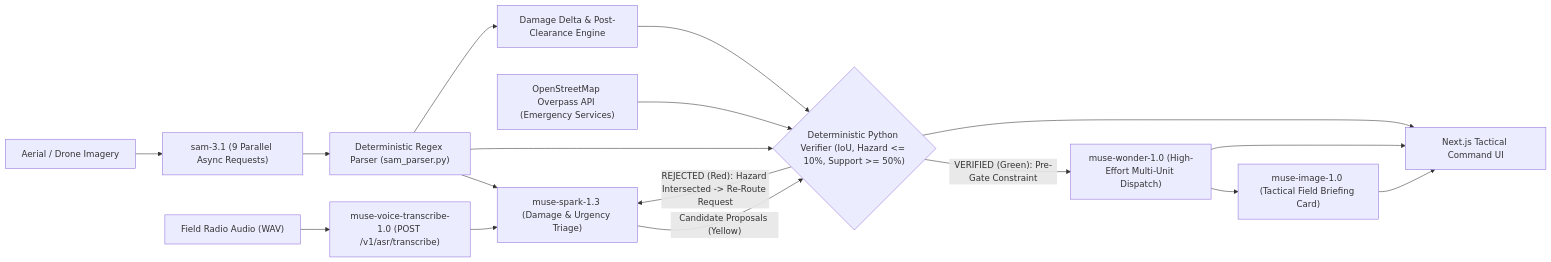
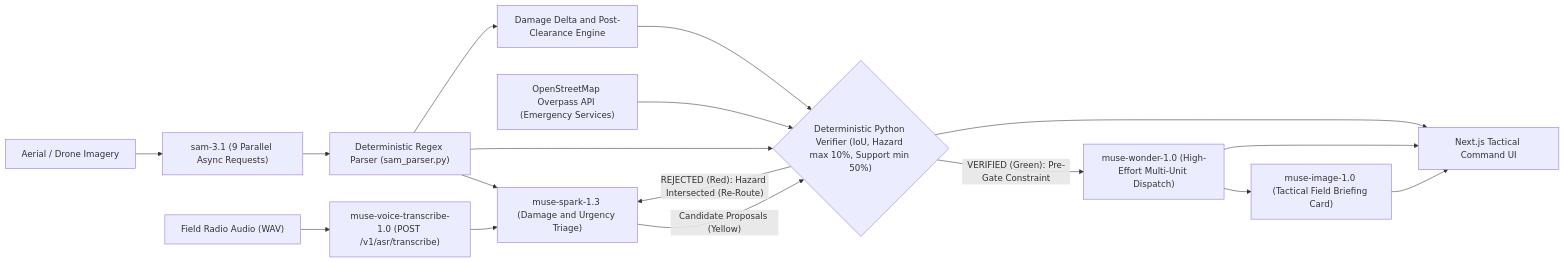
Before and after one commit to Sameer769dev/CrisisGrid: the first of 2 diagrams in README.md, drawn with Mermaid. The commit also changed other lines of this file, not shown here.

Commit message:
fix(docs): resolve Mermaid sequence diagram syntax error in README

````diff
--- a/README.md
+++ b/README.md
@@ -43,19 +43,19 @@
 ```mermaid
 flowchart LR
     A["Aerial / Drone Imagery"] --> B["sam-3.1 (9 Parallel Async Requests)"]
     R["Field Radio Audio (WAV)"] --> T["muse-voice-transcribe-1.0 (POST /v1/asr/transcribe)"]
-    T --> S["muse-spark-1.3 (Damage & Urgency Triage)"]
+    T --> S["muse-spark-1.3 (Damage and Urgency Triage)"]
     B --> P["Deterministic Regex Parser (sam_parser.py)"]
     P --> S
-    P --> V{"Deterministic Python Verifier (IoU, Hazard <= 10%, Support >= 50%)"}
+    P --> V{"Deterministic Python Verifier (IoU, Hazard max 10%, Support min 50%)"}
     S -- "Candidate Proposals (Yellow)" --> V
     O["OpenStreetMap Overpass API (Emergency Services)"] --> V
-    V -- "REJECTED (Red): Hazard Intersected -> Re-Route Request" --> S
+    V -- "REJECTED (Red): Hazard Intersected (Re-Route)" --> S
     V -- "VERIFIED (Green): Pre-Gate Constraint" --> W["muse-wonder-1.0 (High-Effort Multi-Unit Dispatch)"]
     W --> I["muse-image-1.0 (Tactical Field Briefing Card)"]
-    P --> D["Damage Delta & Post-Clearance Engine"]
+    P --> D["Damage Delta and Post-Clearance Engine"]
     D --> V
     V --> UI["Next.js Tactical Command UI"]
     W --> UI
     I --> UI
 ```
````
